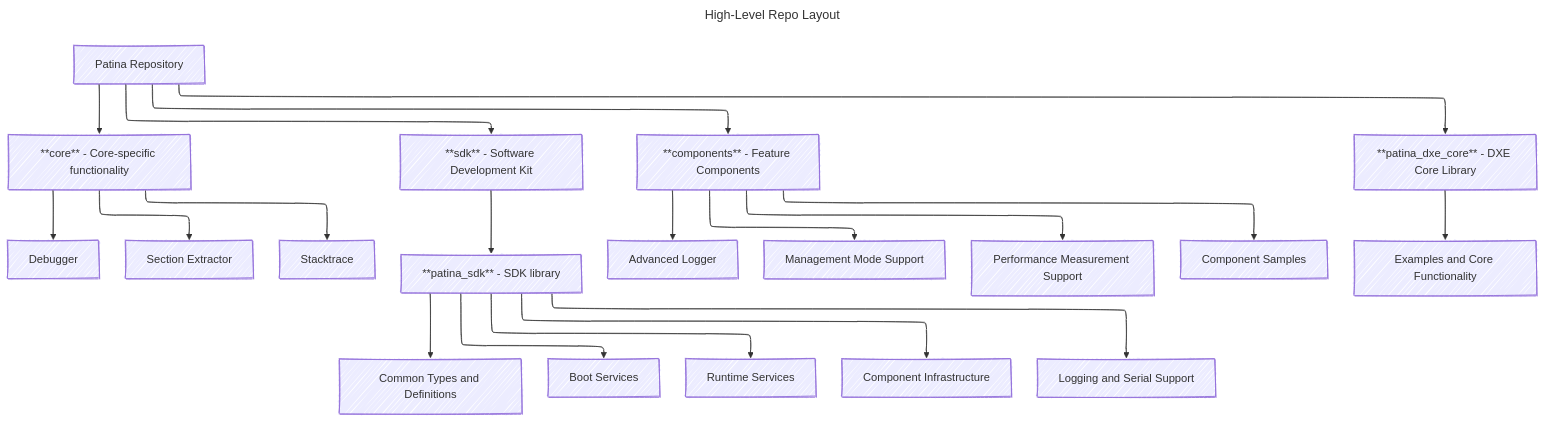
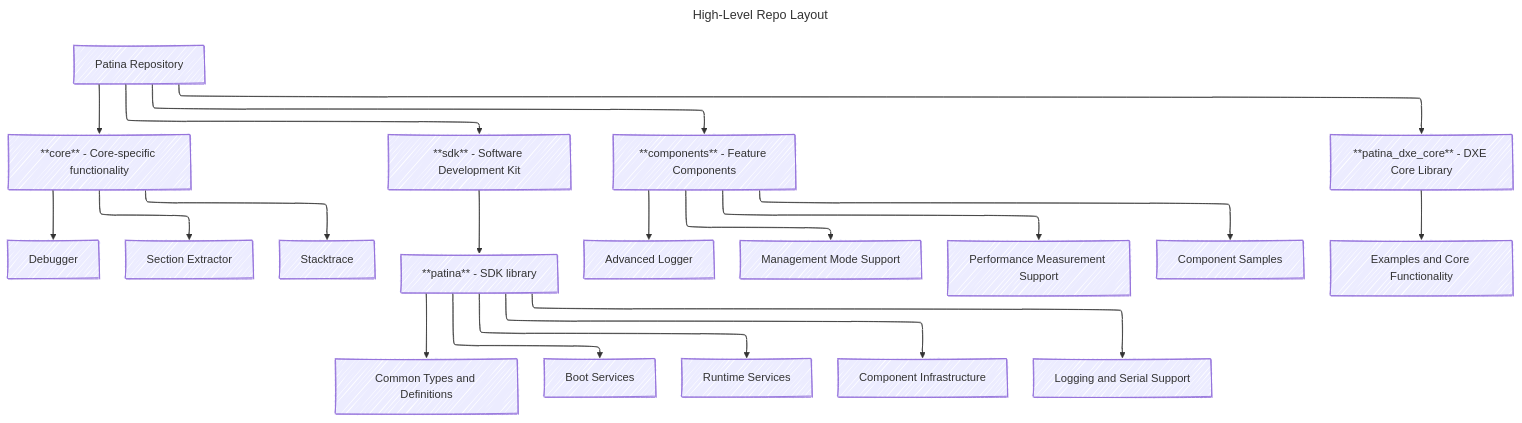
Before and after one commit to vineelko/patina: the diagram in docs/src/dev/code_organization.md, drawn with Mermaid. The commit also changed 7 other files, not shown here.

First line of the commit message:
Update `patina_sdk` refernces to the `patina` crate in docs (#909)

````diff
--- a/docs/src/dev/code_organization.md
+++ b/docs/src/dev/code_organization.md
@@ -7,35 +7,35 @@
 ```mermaid
 ---
 title: High-Level Repo Layout
 displayMode: compact
 config:
   layout: elk
   look: handDrawn
 gantt:
     useWidth: 400
     compact: true
 ---
 graph TD
   A[Patina Repository] --> B[**core** - Core-specific functionality]
   A --> C[**sdk** - Software Development Kit]
   A --> D[**components** - Feature Components]
   A --> E[**patina_dxe_core** - DXE Core Library]
 
   B --> G[Debugger]
   B --> H[Section Extractor]
   B --> I[Stacktrace]
 
-  C --> J[**patina_sdk** - SDK library]
+  C --> J[**patina** - SDK library]
   J --> K[Common Types and Definitions]
   J --> L[Boot Services]
   J --> M[Runtime Services]
   J --> N[Component Infrastructure]
   J --> O[Logging and Serial Support]
 
   D --> P[Advanced Logger]
   D --> Q[Management Mode Support]
   D --> R[Performance Measurement Support]
   D --> S[Component Samples]
 
   E --> T[Examples and Core Functionality]
 ```
````
